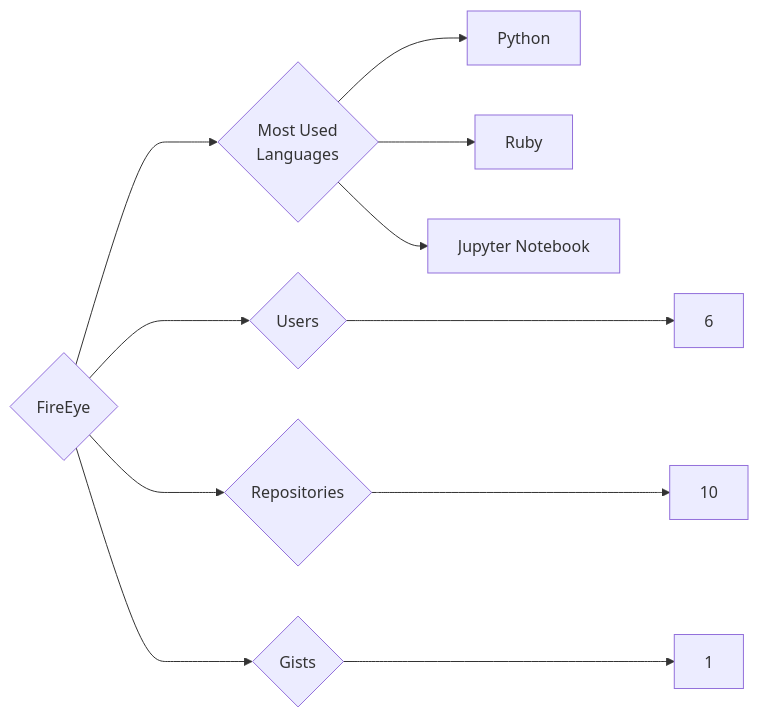
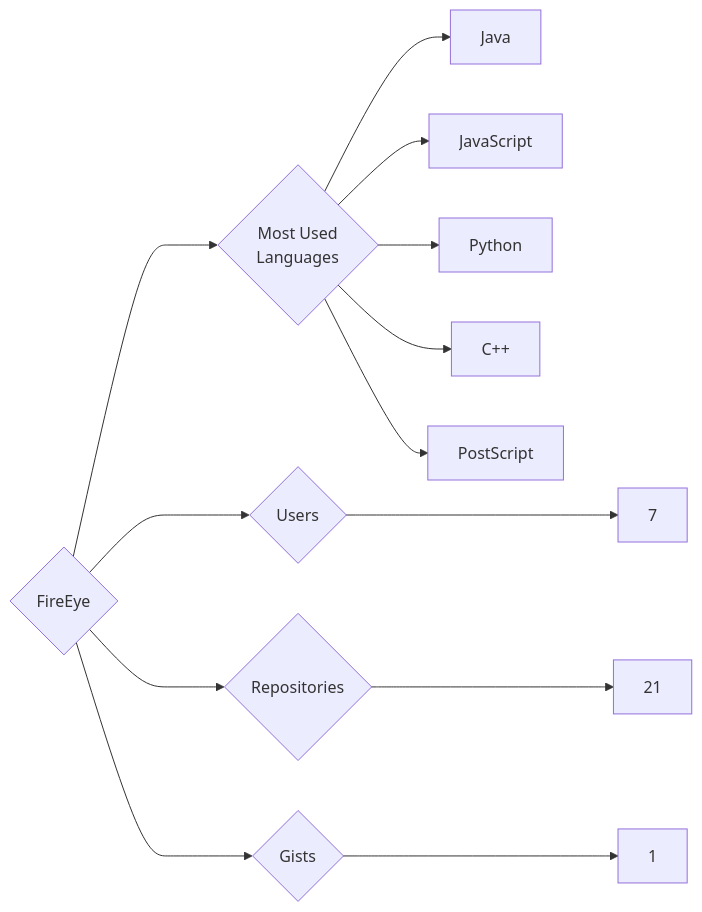
One commit to trickest/insiders changed the diagram in targets/FireEye/README.md. Above: the diagram before and after it, drawn with Mermaid. The commit also changed 865 other files, not shown here.

````diff
--- a/targets/FireEye/README.md
+++ b/targets/FireEye/README.md
@@ -3,11 +3,13 @@
 ```mermaid
 graph LR
 COMPANY_NAME{FireEye}
-COMPANY_NAME ---> U{Users} ---> UN[6]
-COMPANY_NAME ---> R{Repositories} ---> RN[10]
+COMPANY_NAME ---> U{Users} ---> UN[7]
+COMPANY_NAME ---> R{Repositories} ---> RN[21]
 COMPANY_NAME ---> G{Gists} ---> GN[1]
 COMPANY_NAME ---> ML{Most Used<br>Languages}
+ML --> Java[Java]
+ML --> JavaScript[JavaScript]
 ML --> Python[Python]
-ML --> Ruby[Ruby]
-ML --> Jupyter_Notebook[Jupyter Notebook]
+ML --> C++[C++]
+ML --> PostScript[PostScript]
 ```
````
